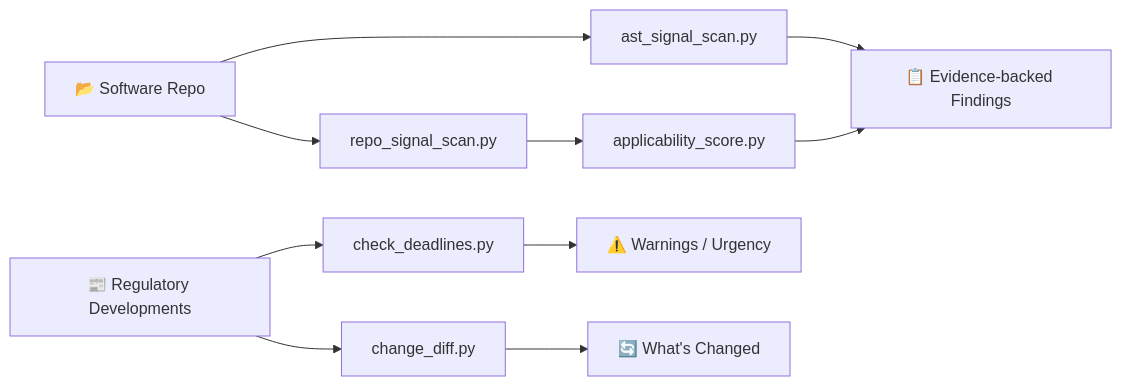
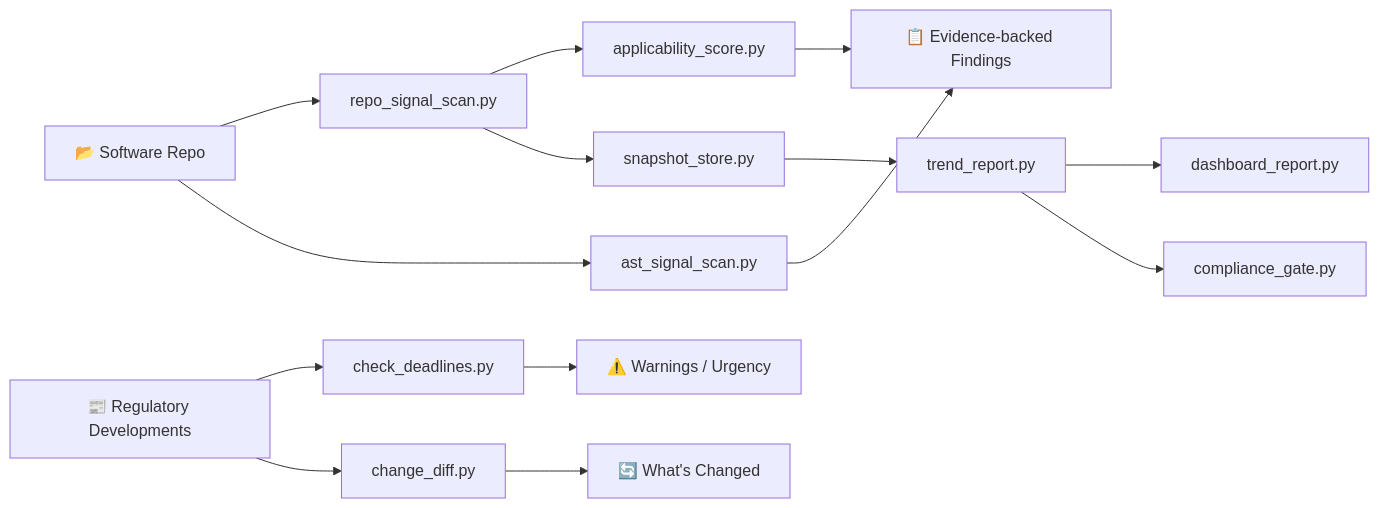
Before and after one commit to zerantiq/regintel: the diagram in README.md, drawn with Mermaid. The commit also changed other lines of this file and 10 other files, not shown here.

Commit message:
feat: implement compliance gate for policy-driven checks and integrate into workflows

````diff
--- a/README.md
+++ b/README.md
@@ -56,12 +57,16 @@
 ```mermaid
 flowchart LR
     A["📂 Software Repo"] --> B["repo_signal_scan.py"]
     A --> B2["ast_signal_scan.py"]
     B --> C["applicability_score.py"]
     B2 --> D
     C --> D["📋 Evidence-backed Findings"]
     E["📰 Regulatory Developments"] --> F["check_deadlines.py"]
     E --> G["change_diff.py"]
     F --> H["⚠️ Warnings / Urgency"]
     G --> I["🔄 What's Changed"]
+    B --> J["snapshot_store.py"]
+    J --> K["trend_report.py"]
+    K --> L["dashboard_report.py"]
+    K --> M["compliance_gate.py"]
 ```
````
